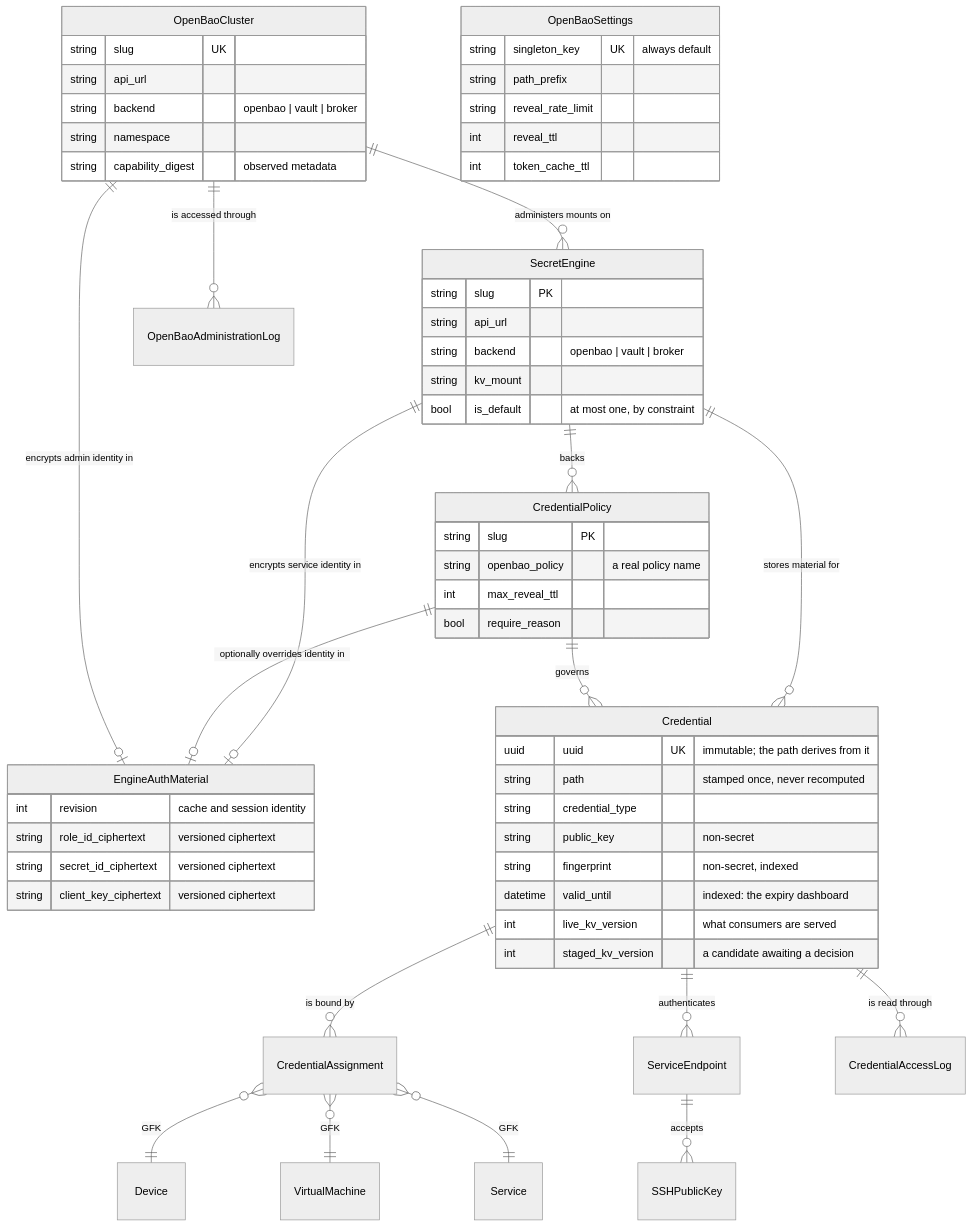
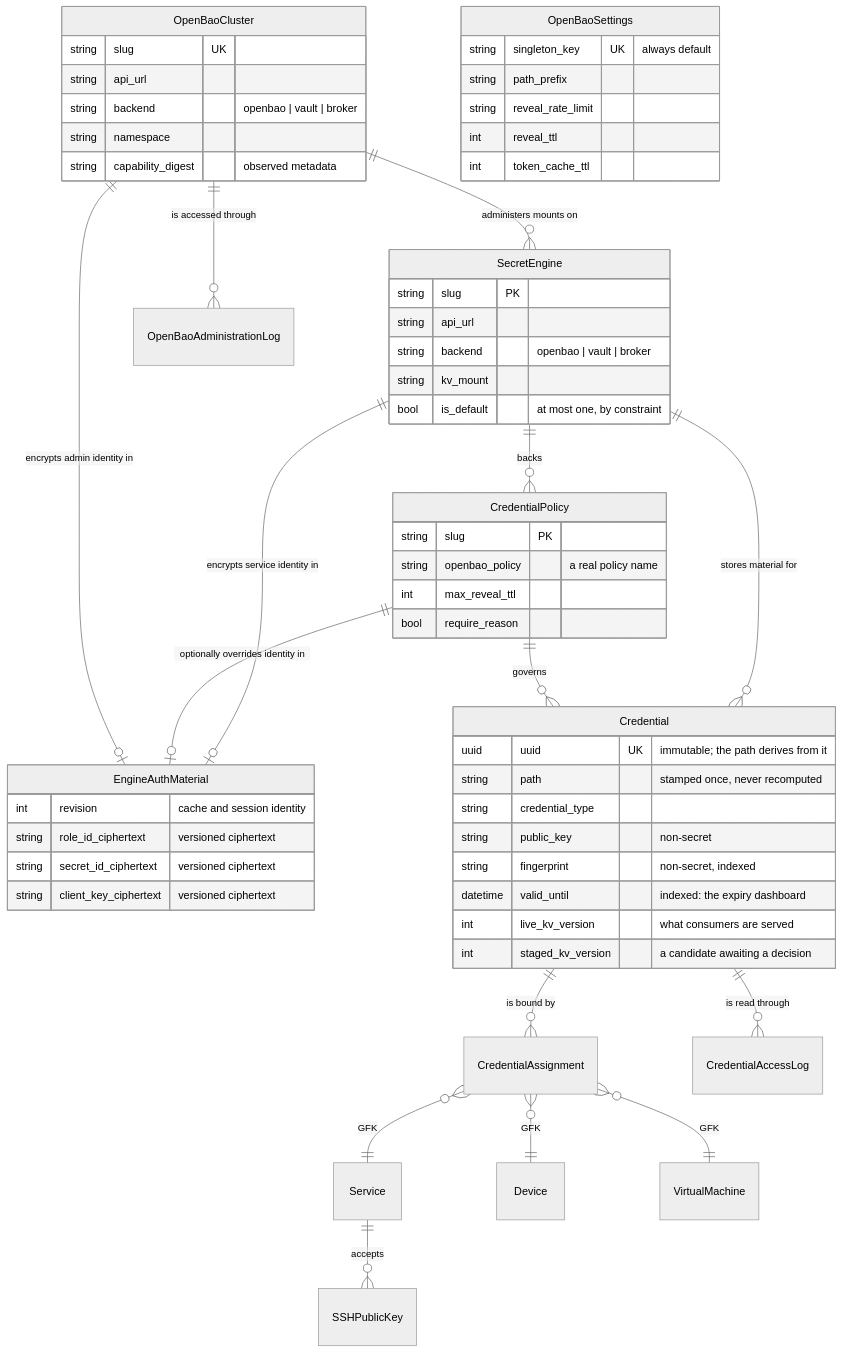
Before and after one commit to emersonfelipesp/netbox-openbao: the diagram in docs/architecture/data-model.md, drawn with Mermaid (neutral theme). The commit also changed other lines of this file and 36 other files, not shown here.

````diff
--- a/docs/architecture/data-model.md
+++ b/docs/architecture/data-model.md
@@ -6,64 +6,63 @@
 ```mermaid
 erDiagram
     OpenBaoCluster ||--o{ SecretEngine : "administers mounts on"
     OpenBaoCluster ||--o{ OpenBaoAdministrationLog : "is accessed through"
     SecretEngine ||--o{ CredentialPolicy : "backs"
     SecretEngine ||--o| EngineAuthMaterial : "encrypts service identity in"
     CredentialPolicy ||--o| EngineAuthMaterial : "optionally overrides identity in"
     OpenBaoCluster ||--o| EngineAuthMaterial : "encrypts admin identity in"
     SecretEngine ||--o{ Credential : "stores material for"
     CredentialPolicy ||--o{ Credential : "governs"
     Credential ||--o{ CredentialAssignment : "is bound by"
-    Credential ||--o{ ServiceEndpoint : "authenticates"
-    ServiceEndpoint ||--o{ SSHPublicKey : "accepts"
+    Service ||--o{ SSHPublicKey : "accepts"
     Credential ||--o{ CredentialAccessLog : "is read through"
     CredentialAssignment }o--|| Device : "GFK"
     CredentialAssignment }o--|| VirtualMachine : "GFK"
     CredentialAssignment }o--|| Service : "GFK"
 
     OpenBaoSettings {
         string singleton_key UK "always default"
         string path_prefix
         string reveal_rate_limit
         int reveal_ttl
         int token_cache_ttl
     }
 
     OpenBaoCluster {
         string slug UK
         string api_url
         string backend "openbao | vault | broker"
         string namespace
         string capability_digest "observed metadata"
     }
 
     SecretEngine {
         string slug PK
         string api_url
         string backend "openbao | vault | broker"
         string kv_mount
         bool is_default "at most one, by constraint"
     }
     CredentialPolicy {
         string slug PK
         string openbao_policy "a real policy name"
         int max_reveal_ttl
         bool require_reason
     }
     EngineAuthMaterial {
         int revision "cache and session identity"
         string role_id_ciphertext "versioned ciphertext"
         string secret_id_ciphertext "versioned ciphertext"
         string client_key_ciphertext "versioned ciphertext"
     }
     Credential {
         uuid uuid UK "immutable; the path derives from it"
         string path "stamped once, never recomputed"
         string credential_type
         string public_key "non-secret"
         string fingerprint "non-secret, indexed"
         datetime valid_until "indexed: the expiry dashboard"
         int live_kv_version "what consumers are served"
         int staged_kv_version "a candidate awaiting a decision"
     }
 ```
````
